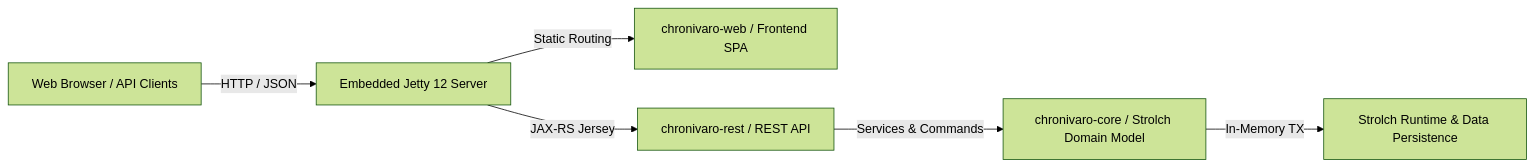
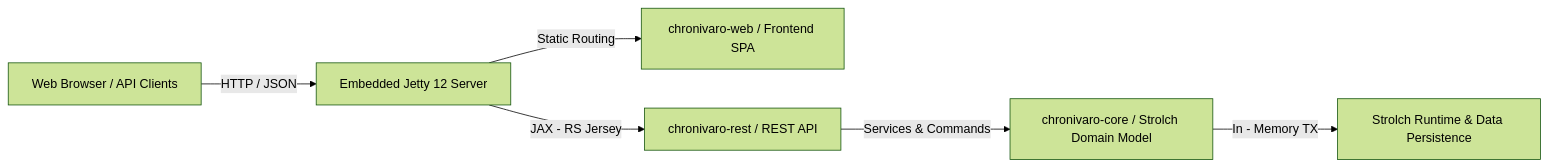
One commit to eitch/Chronivaro changed the diagram in README.md. Above: the diagram before and after it, drawn with Mermaid (forest theme). The commit also changed other lines of this file and 24 other files, not shown here.

````diff
--- a/README.md
+++ b/README.md
@@ -92,8 +110,8 @@
 ```mermaid
 graph LR
     Client[Web Browser / API Clients] -->|HTTP / JSON| Jetty[Embedded Jetty 12 Server]
     Jetty -->|Static Routing| WebUI[chronivaro-web / Frontend SPA]
-    Jetty -->|JAX-RS Jersey| REST[chronivaro-rest / REST API]
+    Jetty -->|JAX - RS Jersey| REST[chronivaro-rest / REST API]
     REST -->|Services & Commands| Core[chronivaro-core / Strolch Domain Model]
-    Core -->|In-Memory TX| Strolch[Strolch Runtime & Data Persistence]
+    Core -->|In - Memory TX| Strolch[Strolch Runtime & Data Persistence]
 ```
````
